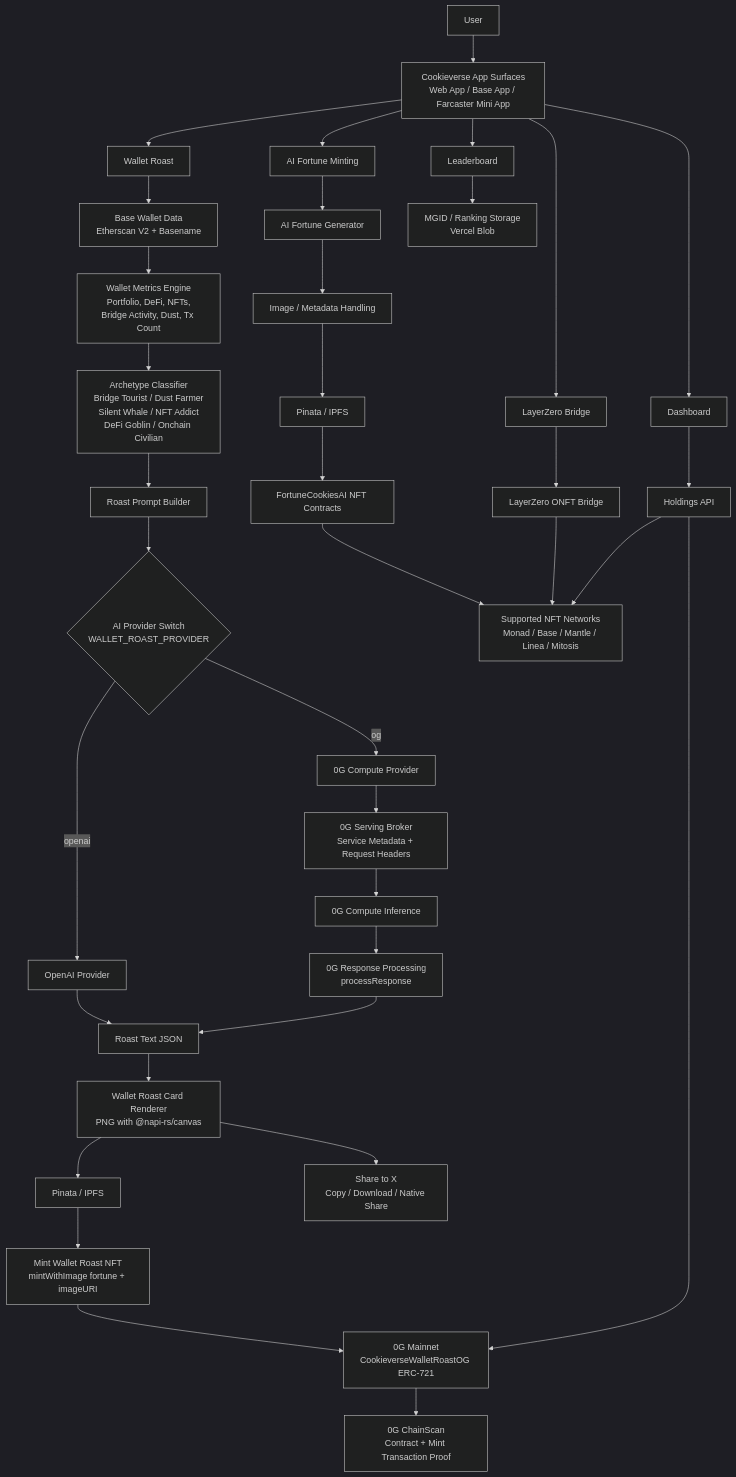
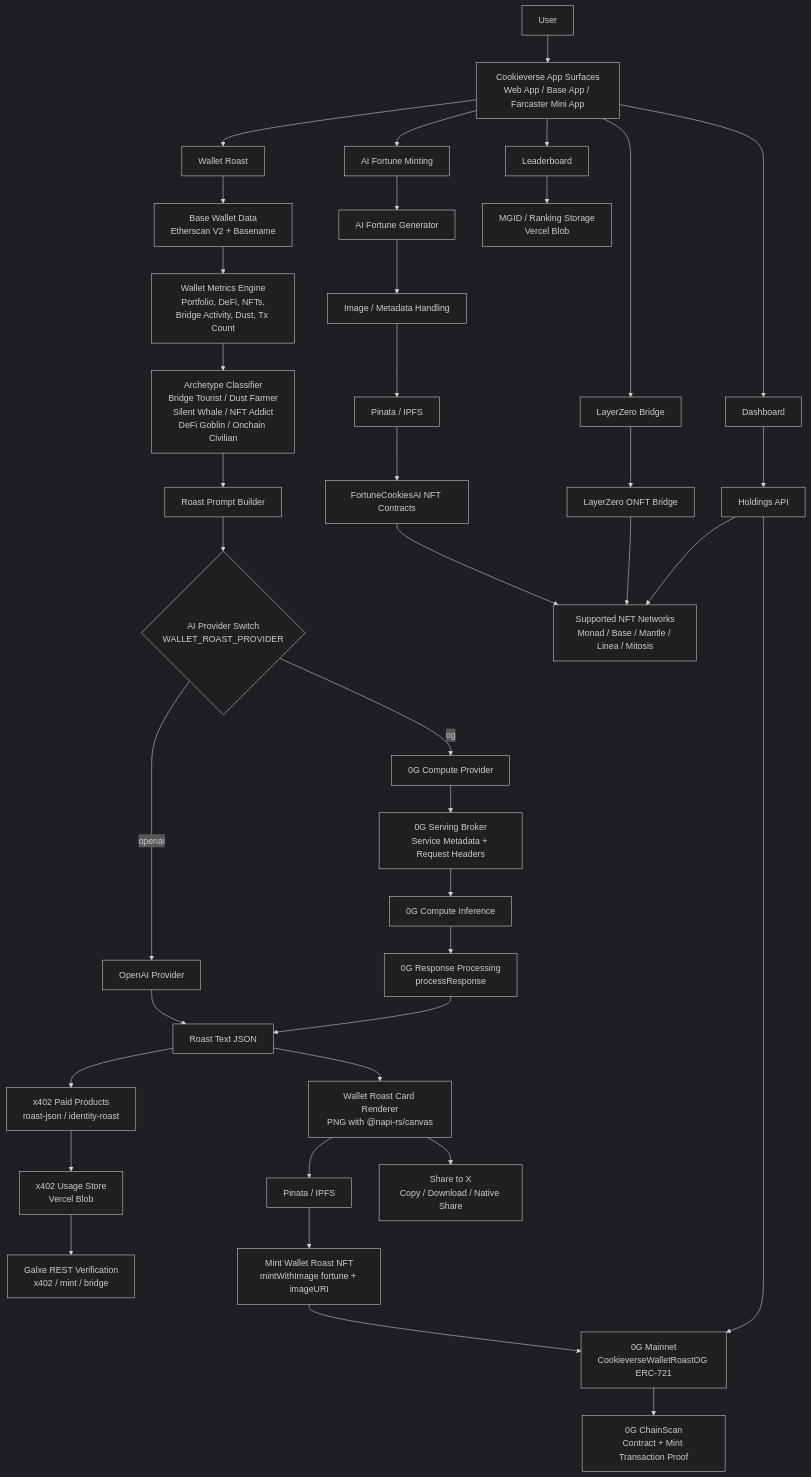
The diagram in README.md (mssystem1/cookieverse), drawn with Mermaid (dark theme) before and after one commit. The commit also changed other lines of this file and 32 other files, not shown here.

Commit message:
x402 Wallet Roast with Coinbase and Bankr for Base RPC, Wallet Roast with other RPCs, GALXE REST tasks for minting, bridging and x402

````diff
--- a/README.md
+++ b/README.md
@@ -114,52 +120,55 @@
 ```mermaid
 flowchart TD
     U[User] --> SURFACES[Cookieverse App Surfaces<br/>Web App / Base App / Farcaster Mini App]
 
     SURFACES --> FORTUNE[AI Fortune Minting]
     SURFACES --> ROAST[Wallet Roast]
     SURFACES --> BRIDGE[LayerZero Bridge]
     SURFACES --> DASH[Dashboard]
     SURFACES --> BOARD[Leaderboard]
 
     FORTUNE --> FORTUNE_AI[AI Fortune Generator]
     FORTUNE_AI --> FORTUNE_IMG[Image / Metadata Handling]
     FORTUNE_IMG --> PINATA1[Pinata / IPFS]
     PINATA1 --> COOKIE_NFT[FortuneCookiesAI NFT Contracts]
 
     ROAST --> WALLET_DATA[Base Wallet Data<br/>Etherscan V2 + Basename]
     WALLET_DATA --> METRICS[Wallet Metrics Engine<br/>Portfolio, DeFi, NFTs,<br/>Bridge Activity, Dust, Tx Count]
     METRICS --> ARCHETYPE[Archetype Classifier<br/>Bridge Tourist / Dust Farmer<br/>Silent Whale / NFT Addict<br/>DeFi Goblin / Onchain Civilian]
     ARCHETYPE --> PROMPT[Roast Prompt Builder]
 
     PROMPT --> AI_SWITCH{AI Provider Switch<br/>WALLET_ROAST_PROVIDER}
 
     AI_SWITCH -->|openai| OPENAI[OpenAI Provider]
     AI_SWITCH -->|og| OGCOMPUTE[0G Compute Provider]
 
     OGCOMPUTE --> OGBROKER[0G Serving Broker<br/>Service Metadata + Request Headers]
     OGBROKER --> OGINFERENCE[0G Compute Inference]
     OGINFERENCE --> OGVERIFY[0G Response Processing<br/>processResponse]
 
     OPENAI --> ROAST_JSON[Roast Text JSON]
     OGVERIFY --> ROAST_JSON
 
+    ROAST_JSON --> X402PAID[x402 Paid Products<br/>roast-json / identity-roast]
+    X402PAID --> X402USAGE[x402 Usage Store<br/>Vercel Blob]
+    X402USAGE --> GALXE[Galxe REST Verification<br/>x402 / mint / bridge]
     ROAST_JSON --> CARD[Wallet Roast Card Renderer<br/>PNG with @napi-rs/canvas]
     CARD --> PINATA2[Pinata / IPFS]
     PINATA2 --> ROAST_MINT[Mint Wallet Roast NFT<br/>mintWithImage fortune + imageURI]
 
     COOKIE_NFT --> CHAINS[Supported NFT Networks<br/>Monad / Base / Mantle / Linea / Mitosis]
     ROAST_MINT --> OGCHAIN[0G Mainnet<br/>CookieverseWalletRoastOG ERC-721]
 
     BRIDGE --> LZ[LayerZero ONFT Bridge]
     LZ --> CHAINS
 
     DASH --> HOLDINGS[Holdings API]
     HOLDINGS --> CHAINS
     HOLDINGS --> OGCHAIN
 
     BOARD --> MGID[MGID / Ranking Storage<br/>Vercel Blob]
 
     CARD --> SHARE[Share to X<br/>Copy / Download / Native Share]
 
     OGCHAIN --> OGEXPLORER[0G ChainScan<br/>Contract + Mint Transaction Proof]
 ```
````
